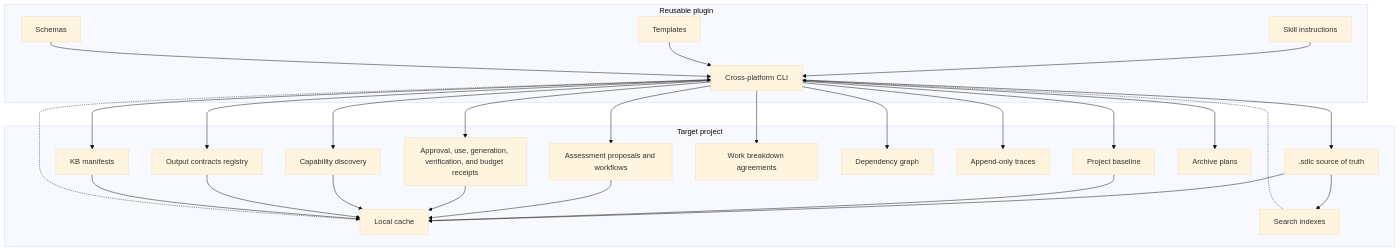
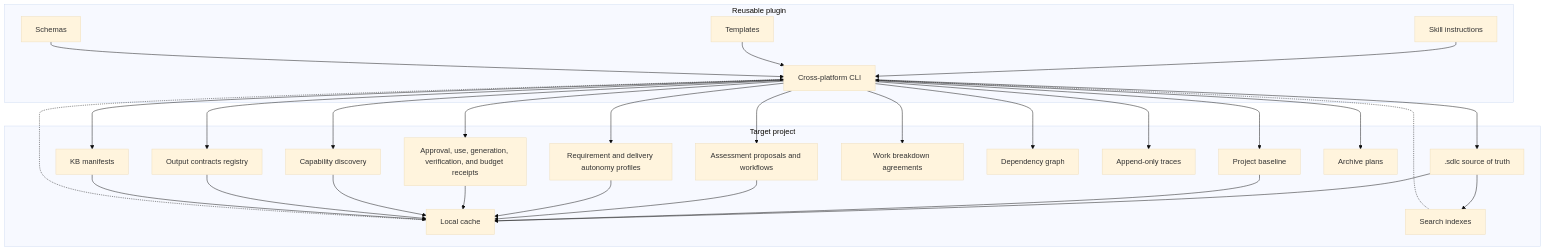
One commit to aantenore/agentic-sdlc-codex-plugin changed the first of 14 diagrams in docs/architecture.md. Above: the diagram before and after it, drawn with Mermaid (base theme). The commit also changed other lines of this file and 16 other files, not shown here.

Commit message:
docs(sdlc): explain per-delivery autonomy

````diff
--- a/docs/architecture.md
+++ b/docs/architecture.md
@@ -40,50 +41,53 @@
 ```mermaid
 flowchart TB
   subgraph Plugin["Reusable plugin"]
     Skill["Skill instructions"]
     Templates["Templates"]
     Schemas["Schemas"]
     CLI["Cross-platform CLI"]
   end
 
   subgraph Project["Target project"]
     KB[".sdlc source of truth"]
     Baseline["Project baseline"]
     Assessments["Assessment proposals and workflows"]
+    Autonomy["Requirement and delivery autonomy profiles"]
     Receipts["Approval, use, generation, verification, and budget receipts"]
     Capabilities["Capability discovery"]
     OutputRegistry["Output contracts registry"]
     Breakdown["Work breakdown agreements"]
     Dependencies["Dependency graph"]
     Traces["Append-only traces"]
     Manifests["KB manifests"]
     Archive["Archive plans"]
     Cache["Local cache"]
     Indexes["Search indexes"]
   end
 
   Skill --> CLI
   Templates --> CLI
   Schemas --> CLI
   CLI --> KB
   CLI --> Baseline
   CLI --> Assessments
+  CLI --> Autonomy
   CLI --> Receipts
   CLI --> Capabilities
   CLI --> OutputRegistry
   CLI --> Breakdown
   CLI --> Dependencies
   CLI --> Traces
   CLI --> Manifests
   CLI --> Archive
   KB --> Cache
   Baseline --> Cache
   Assessments --> Cache
+  Autonomy --> Cache
   Receipts --> Cache
   Capabilities --> Cache
   KB --> Indexes
   OutputRegistry --> Cache
   Manifests --> Cache
   Cache -.-> CLI
   Indexes -.-> CLI
 ```
````
